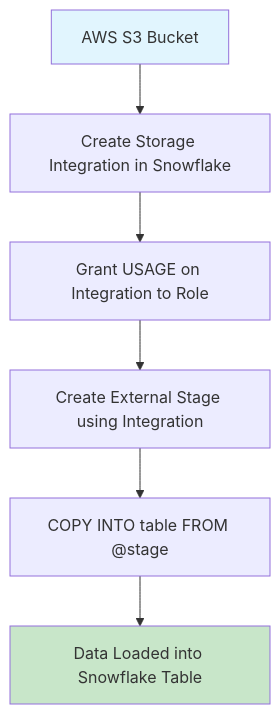
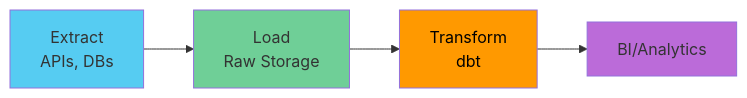
One commit to HemantSahuGit/data-engineering-notes changed the first of 17 diagrams in DBT/dbt_airbnb.md. Above: the diagram before and after it, drawn with Mermaid. The commit also changed other lines of this file, not shown here.

````diff
--- a/DBT/dbt_airbnb.md
+++ b/DBT/dbt_airbnb.md
@@ -23,11 +137,11 @@
-  ```mermaid
-  flowchart TD
-      A[AWS S3 Bucket] --> B[Create Storage Integration in Snowflake]
-      B --> C[Grant USAGE on Integration to Role]
-      C --> D[Create External Stage using Integration]
-      D --> E[COPY INTO table FROM @stage]
-      E --> F[Data Loaded into Snowflake Table]
-      
-      style A fill:#e1f5fe
-      style F fill:#c8e6c9
-  ```
+```mermaid
+graph LR
+    A[Extract<br>APIs, DBs] --> B[Load<br>Raw Storage]
+    B --> C[Transform<br>dbt]
+    C --> D[BI/Analytics]
+    
+    style C fill:#FF9900,color:#000
+    style A fill:#56CCF2
+    style B fill:#6FCF97
+    style D fill:#BB6BD9
+```
````
